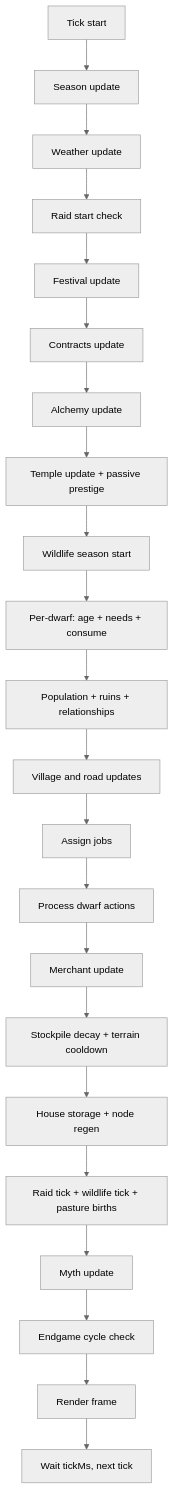
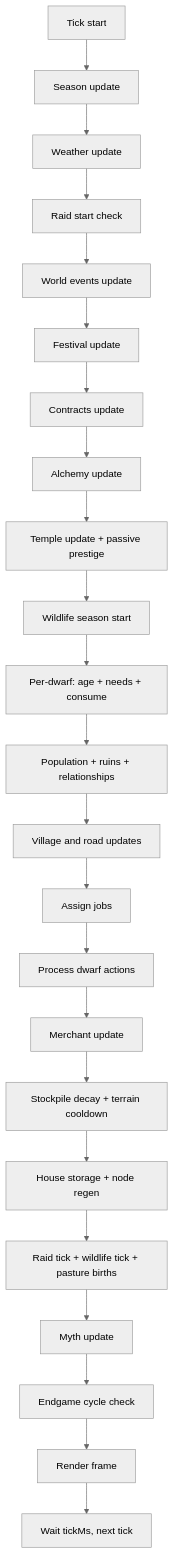
Before and after one commit to Gladiak/nodeDwarves: the diagram in MANUAL.md, drawn with Mermaid (neutral theme). The commit also changed other lines of this file and 15 other files, not shown here.

Commit message:
add world events

````diff
--- a/MANUAL.md
+++ b/MANUAL.md
@@ -146,24 +147,25 @@
 ```mermaid
 flowchart TD
   A[Tick start] --> B[Season update]
   B --> C[Weather update]
   C --> D[Raid start check]
-  D --> E[Festival update]
-  E --> F[Contracts update]
-  F --> G[Alchemy update]
-  G --> H[Temple update + passive prestige]
-  H --> I[Wildlife season start]
-  I --> J[Per-dwarf: age + needs + consume]
-  J --> K[Population + ruins + relationships]
-  K --> L[Village and road updates]
-  L --> M[Assign jobs]
-  M --> N[Process dwarf actions]
-  N --> O[Merchant update]
-  O --> P[Stockpile decay + terrain cooldown]
-  P --> Q[House storage + node regen]
-  Q --> R[Raid tick + wildlife tick + pasture births]
-  R --> S[Myth update]
-  S --> T[Endgame cycle check]
-  T --> U[Render frame]
-  U --> V[Wait tickMs, next tick]
+  D --> E[World events update]
+  E --> F[Festival update]
+  F --> G[Contracts update]
+  G --> H[Alchemy update]
+  H --> I[Temple update + passive prestige]
+  I --> J[Wildlife season start]
+  J --> K[Per-dwarf: age + needs + consume]
+  K --> L[Population + ruins + relationships]
+  L --> M[Village and road updates]
+  M --> N[Assign jobs]
+  N --> O[Process dwarf actions]
+  O --> P[Merchant update]
+  P --> Q[Stockpile decay + terrain cooldown]
+  Q --> R[House storage + node regen]
+  R --> S[Raid tick + wildlife tick + pasture births]
+  S --> T[Myth update]
+  T --> U[Endgame cycle check]
+  U --> V[Render frame]
+  V --> W[Wait tickMs, next tick]
 ```
````
